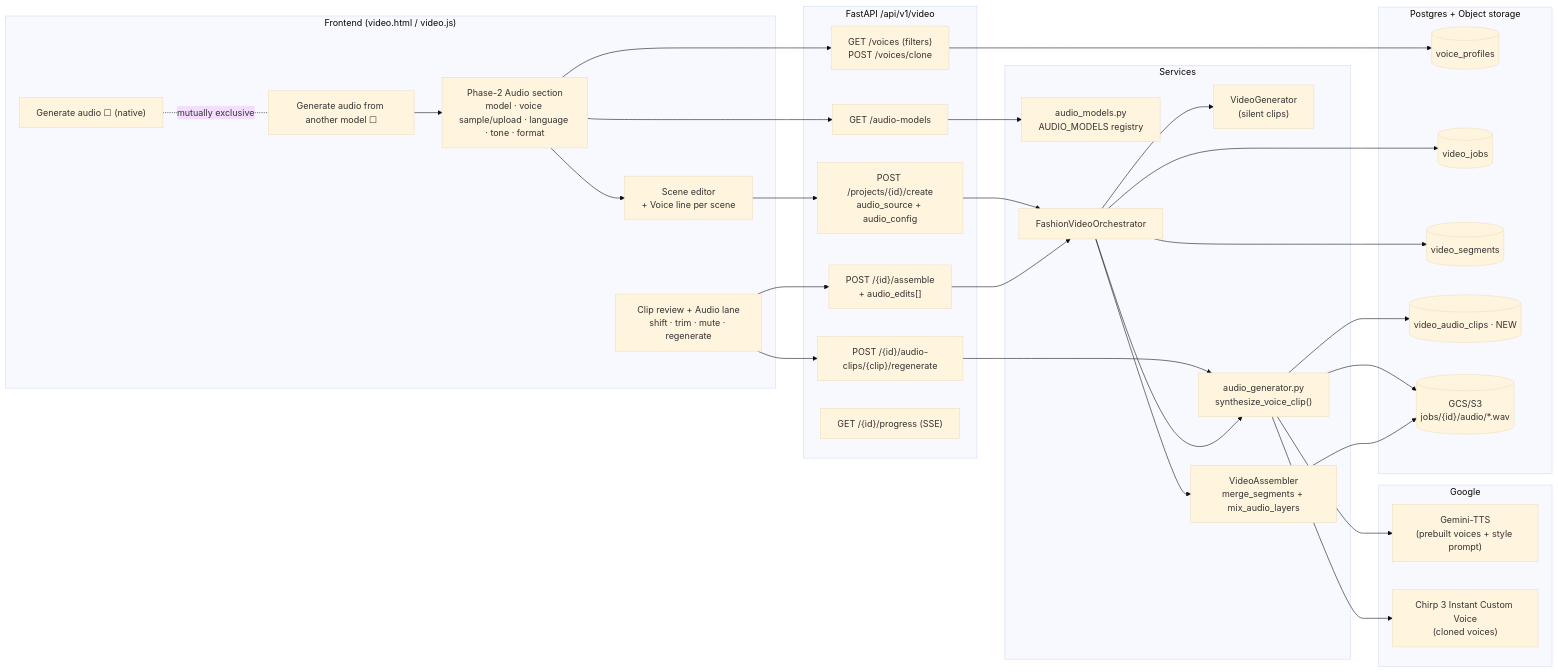
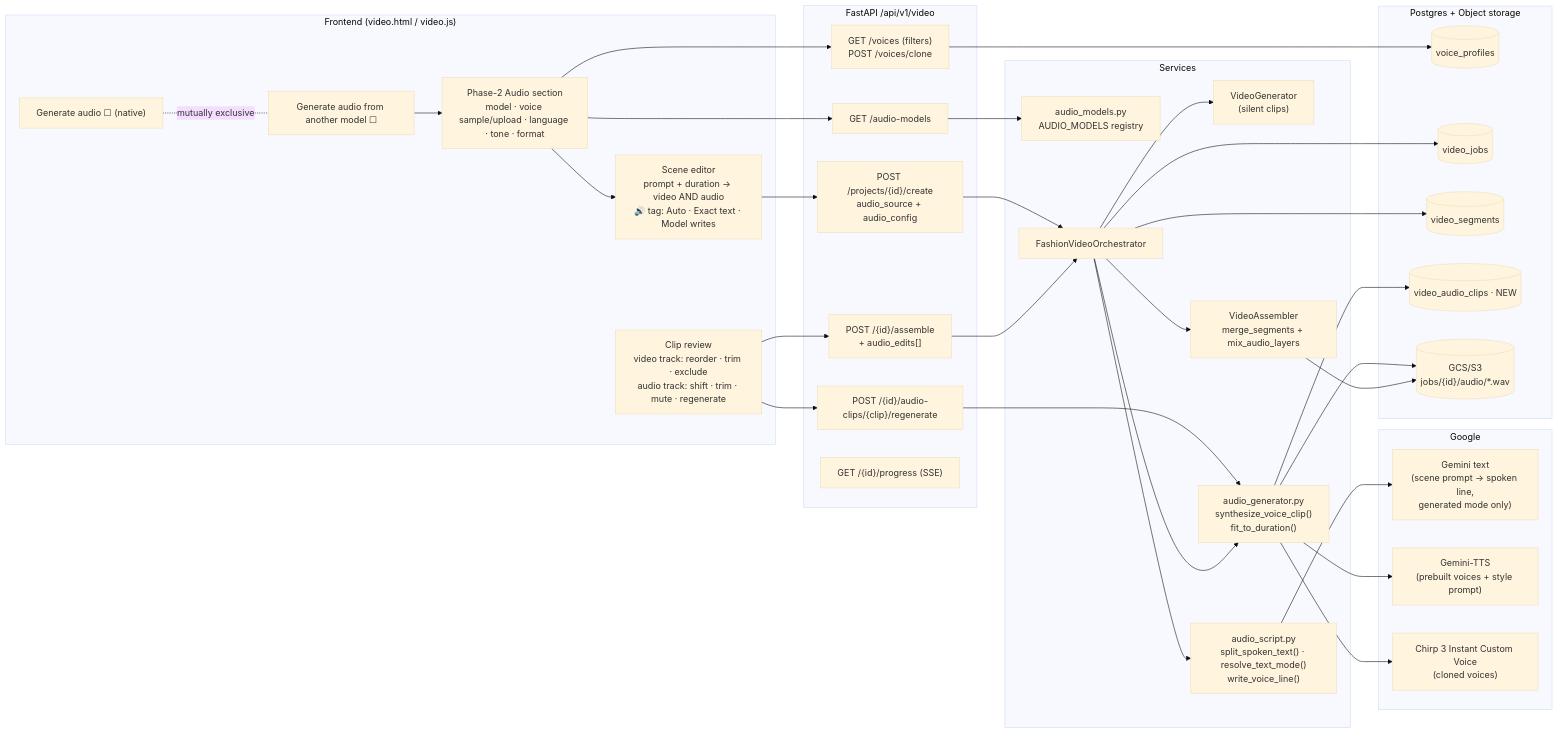
Before and after one commit to abhi-makeit/autocatalog-audio-gen: the first of 4 diagrams in architecture.md, drawn with Mermaid (base theme). The commit also changed other lines of this file and 3 other files, not shown here.

````diff
--- a/architecture.md
+++ b/architecture.md
@@ -7,59 +7,62 @@
 ```mermaid
 flowchart LR
   subgraph FE["Frontend (video.html / video.js)"]
     F1["Generate audio ☐ (native)"]
     F2["Generate audio from another model ☐"]
     F3["Phase-2 Audio section<br/>model · voice sample/upload · language · tone · format"]
-    F4["Scene editor<br/>+ Voice line per scene"]
-    F5["Clip review + Audio lane<br/>shift · trim · mute · regenerate"]
+    F4["Scene editor<br/>prompt + duration → video AND audio<br/>🔊 tag: Auto · Exact text · Model writes"]
+    F5["Clip review<br/>video track: reorder · trim · exclude<br/>audio track: shift · trim · mute · regenerate"]
     F1 -. mutually exclusive .- F2
     F2 --> F3 --> F4
   end
 
   subgraph API["FastAPI /api/v1/video"]
     A1["GET /audio-models"]
     A2["GET /voices (filters)<br/>POST /voices/clone"]
     A3["POST /projects/{id}/create<br/>audio_source + audio_config"]
     A4["POST /{id}/audio-clips/{clip}/regenerate"]
     A5["POST /{id}/assemble<br/>+ audio_edits[]"]
     A6["GET /{id}/progress (SSE)"]
   end
 
   subgraph SVC["Services"]
     R["audio_models.py<br/>AUDIO_MODELS registry"]
     O["FashionVideoOrchestrator"]
     VG["VideoGenerator<br/>(silent clips)"]
-    AG["audio_generator.py<br/>synthesize_voice_clip()"]
+    SC["audio_script.py<br/>split_spoken_text() · resolve_text_mode()<br/>write_voice_line()"]
+    AG["audio_generator.py<br/>synthesize_voice_clip()<br/>fit_to_duration()"]
     AS["VideoAssembler<br/>merge_segments + mix_audio_layers"]
   end
 
   subgraph EXT["Google"]
+    G0["Gemini text<br/>(scene prompt → spoken line,<br/>generated mode only)"]
     G1["Gemini-TTS<br/>(prebuilt voices + style prompt)"]
     G2["Chirp 3 Instant Custom Voice<br/>(cloned voices)"]
   end
 
   subgraph DATA["Postgres + Object storage"]
     T1[(voice_profiles)]
     T2[(video_jobs)]
     T3[(video_segments)]
     T4[(video_audio_clips · NEW)]
     S[("GCS/S3<br/>jobs/{id}/audio/*.wav")]
   end
 
   F3 --> A1 & A2
   F4 --> A3
   F5 --> A4 & A5
   A1 --> R
   A3 --> O
   A5 --> O
   A4 --> AG
   O --> VG
+  O --> SC --> G0
   O --> AG
   O --> AS
   AG --> G1 & G2
   AG --> T4
   AG --> S
   O --> T2 & T3
   A2 --> T1
   AS --> S
 ```
````
